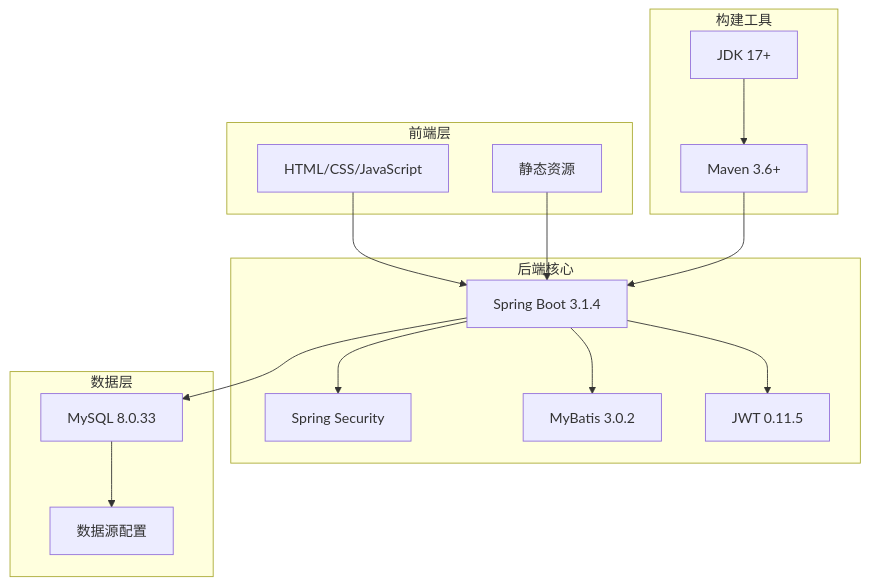
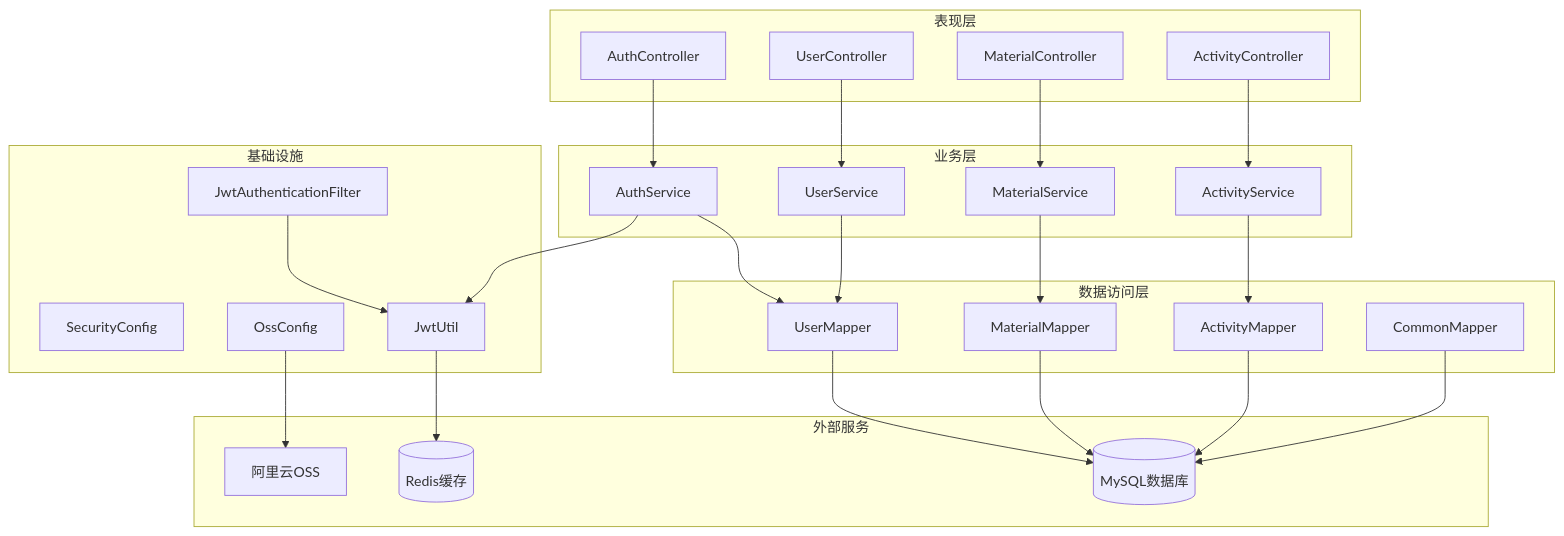
The second of 7 diagrams in .qoder/repowiki/zh/content/技术栈与依赖.md (Redmoon-2333/HumanResourceOfficial), drawn with Mermaid before and after one commit. The commit also changed other lines of this file and 60 other files, not shown here.

````diff
--- a/.qoder/repowiki/zh/content/技术栈与依赖.md
+++ b/.qoder/repowiki/zh/content/技术栈与依赖.md
@@ -34,30 +152,48 @@
 ```mermaid
 graph TB
-subgraph "前端层"
-HTML[HTML/CSS/JavaScript]
-Static[静态资源]
+subgraph "表现层"
+AC[AuthController]
+UC[UserController]
+MC[MaterialController]
+PC[ActivityController]
 end
-subgraph "后端核心"
-SpringBoot[Spring Boot 3.1.4]
-SpringSecurity[Spring Security]
-MyBatis[MyBatis 3.0.2]
-JWT[JWT 0.11.5]
+subgraph "业务层"
+AS[AuthService]
+US[UserService]
+MS[MaterialService]
+PS[ActivityService]
 end
-subgraph "数据层"
-MySQL[MySQL 8.0.33]
-DataSource[数据源配置]
+subgraph "数据访问层"
+UM[UserMapper]
+MM[MaterialMapper]
+AM[ActivityMapper]
+CM[CommonMapper]
 end
-subgraph "构建工具"
-Maven[Maven 3.6+]
-Java[JDK 17+]
+subgraph "基础设施"
+SC[SecurityConfig]
+JF[JwtAuthenticationFilter]
+OC[OssConfig]
+JU[JwtUtil]
 end
-HTML --> SpringBoot
-Static --> SpringBoot
-SpringBoot --> SpringSecurity
-SpringBoot --> MyBatis
-SpringBoot --> JWT
-SpringBoot --> MySQL
-MySQL --> DataSource
-Maven --> SpringBoot
-Java --> Maven
+subgraph "外部服务"
+DB[(MySQL数据库)]
+OSS[阿里云OSS]
+REDIS[(Redis缓存)]
+end
+AC --> AS
+UC --> US
+MC --> MS
+PC --> PS
+AS --> UM
+US --> UM
+MS --> MM
+PS --> AM
+AS --> JU
+JF --> JU
+UM --> DB
+MM --> DB
+AM --> DB
+CM --> DB
+OC --> OSS
+JU --> REDIS
 ```
````
